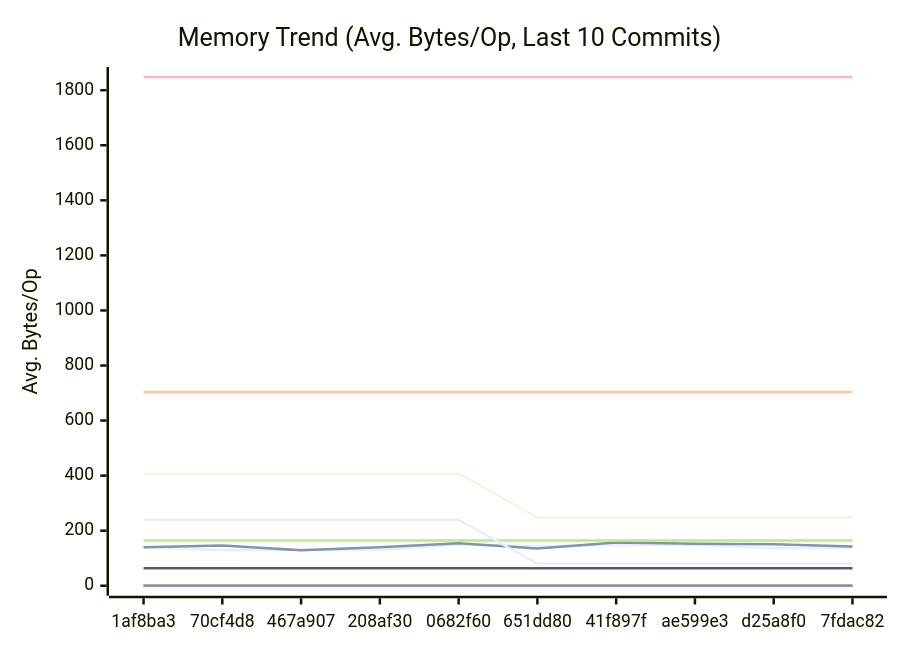
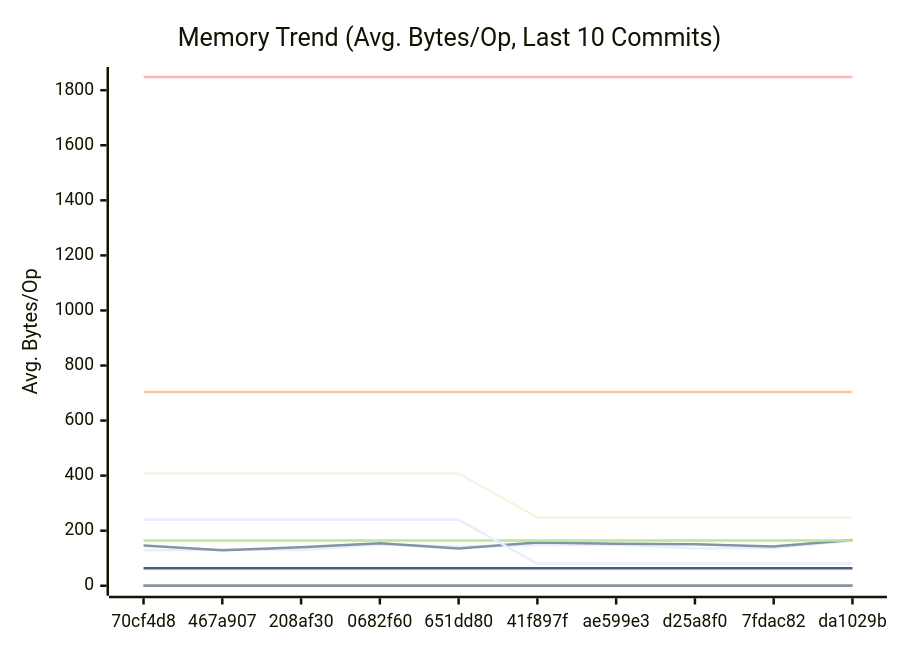
The second of 3 diagrams in docs/PERFORMANCE.md (alsotoes/momo), drawn with Mermaid before and after one commit. The commit also changed other lines of this file and 3 other files, not shown here.

````diff
--- a/docs/PERFORMANCE.md
+++ b/docs/PERFORMANCE.md
@@ -171,20 +170,20 @@
 ```mermaid
 xychart-beta
     title "Memory Trend (Avg. Bytes/Op, Last 10 Commits)"
     x-axis "Commit"
     y-axis "Avg. Bytes/Op"
-    x-axis [1af8ba3,70cf4d8,467a907,208af30,0682f60,651dd80,41f897f,ae599e3,d25a8f0,7fdac82]
-    line "AWSChunkedReaderSigned" [141,129,131,130,150,143,148,149,136,137]
-    line "AWSChunkedReaderUnsigned" [140,146,129,140,154,135,157,153,151,143]
+    x-axis [70cf4d8,467a907,208af30,0682f60,651dd80,41f897f,ae599e3,d25a8f0,7fdac82,da1029b]
+    line "AWSChunkedReaderSigned" [129,131,130,150,143,148,149,136,137,163]
+    line "AWSChunkedReaderUnsigned" [146,129,140,154,135,157,153,151,143,166]
     line "CheckMetricsAndSwap" [0,0,0,0,0,0,0,0,0,0]
     line "CrushOptimized" [0,0,0,0,0,0,0,0,0,0]
     line "CrushOriginal" [164,164,164,164,164,164,164,164,164,164]
     line "IndexDirectTracking" [0,0,0,0,0,0,0,0,0,0]
     line "IndexSearch" [0,0,0,0,0,0,0,0,0,0]
     line "LoadGlobalConfig" [1848,1848,1848,1848,1848,1848,1848,1848,1848,1848]
     line "PadString" [64,64,64,64,64,64,64,64,64,64]
     line "ParseReplicationOrder_NoPrealloc" [408,408,408,408,408,248,248,248,248,248]
     line "ParseReplicationOrder_Prealloc" [240,240,240,240,240,80,80,80,80,80]
     line "SanitizeLog/Safe" [0,0,0,0,0,0,0,0,0,0]
     line "SanitizeLog/Unsafe" [704,704,704,704,704,704,704,704,704,704]
 ```
````
